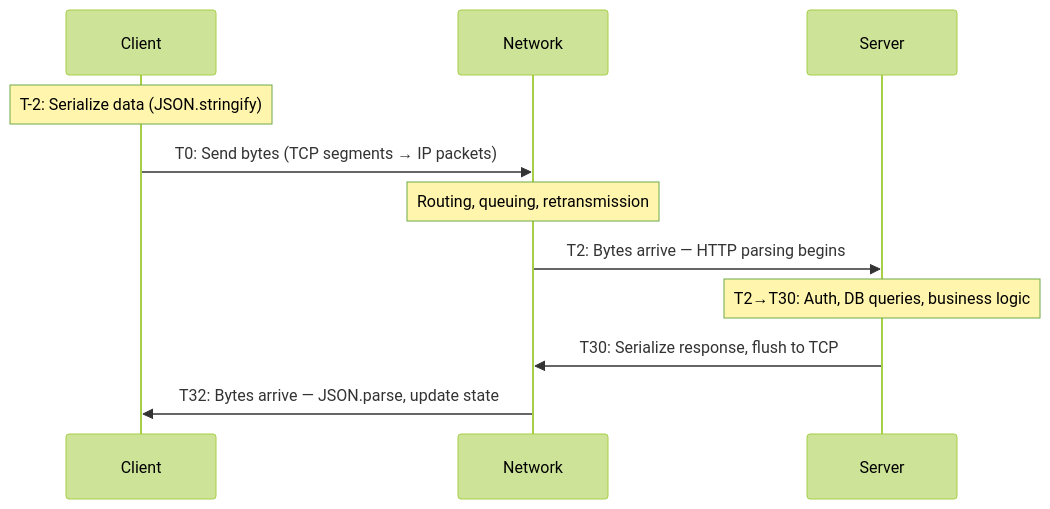
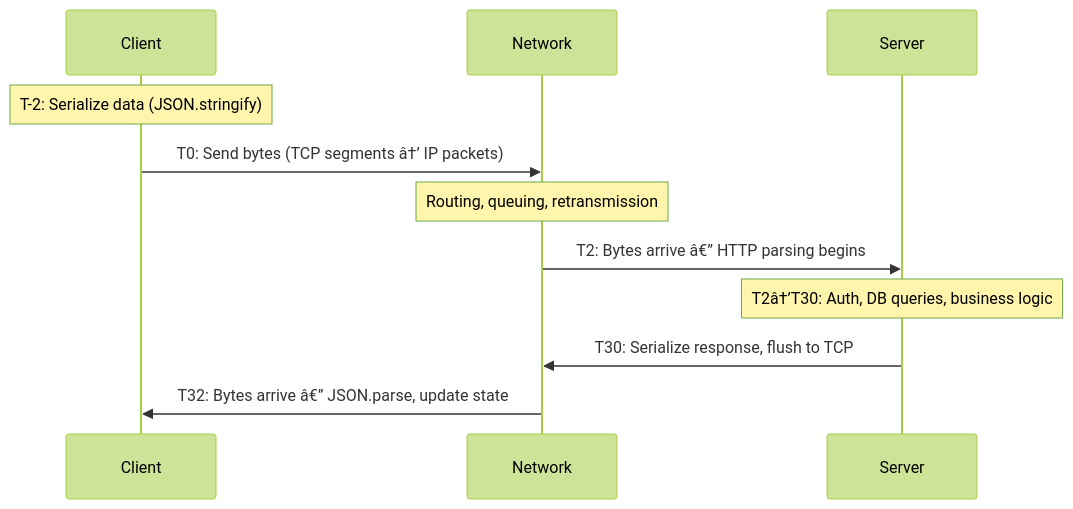
The seventh of 9 diagrams in Backend-engineering/2-Communication-patterns/2.Request-respone.md (Patel-Neel-346/Notes), drawn with Mermaid (forest theme) before and after one commit. The commit also changed other lines of this file and 4 other files, not shown here.

````diff
--- a/Backend-engineering/2-Communication-patterns/2.Request-respone.md
+++ b/Backend-engineering/2-Communication-patterns/2.Request-respone.md
@@ -786,14 +815,14 @@
 ```mermaid
 sequenceDiagram
     participant C as Client
     participant N as Network
     participant S as Server
 
     Note over C: T-2: Serialize data (JSON.stringify)
-    C->>N: T0: Send bytes (TCP segments → IP packets)
+    C->>N: T0: Send bytes (TCP segments â†’ IP packets)
     Note over N: Routing, queuing, retransmission
-    N->>S: T2: Bytes arrive — HTTP parsing begins
-    Note over S: T2→T30: Auth, DB queries, business logic
+    N->>S: T2: Bytes arrive â€” HTTP parsing begins
+    Note over S: T2â†’T30: Auth, DB queries, business logic
     S->>N: T30: Serialize response, flush to TCP
-    N->>C: T32: Bytes arrive — JSON.parse, update state
+    N->>C: T32: Bytes arrive â€” JSON.parse, update state
 ```
````
